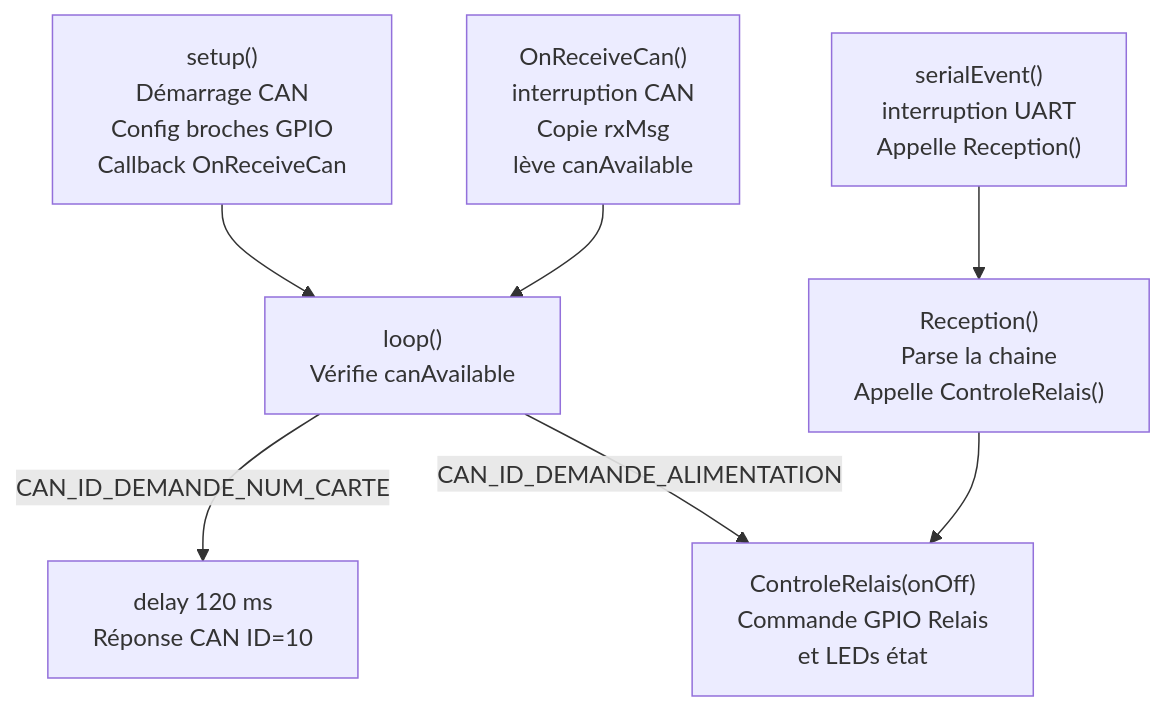
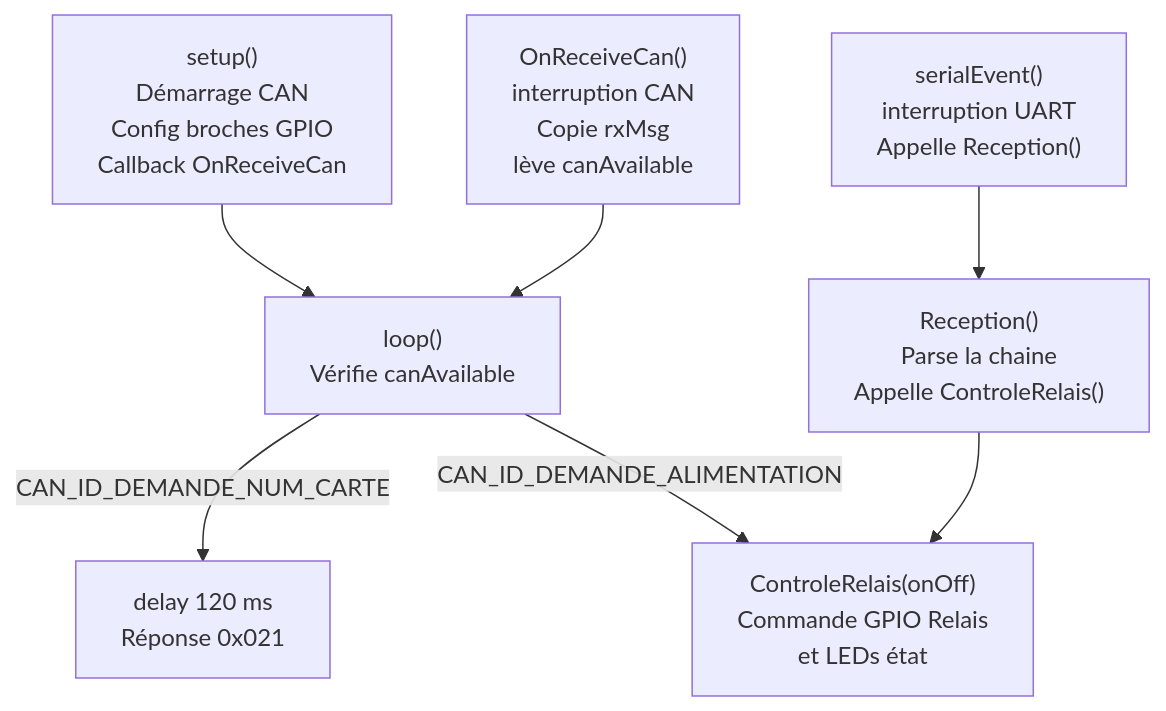
One commit to baptisteB00/Projet_LAOS changed the diagram in docs/cartes/alimentation.md. Above: the diagram before and after it, drawn with Mermaid. The commit also changed other lines of this file and 9 other files, not shown here.

````diff
--- a/docs/cartes/alimentation.md
+++ b/docs/cartes/alimentation.md
@@ -26,18 +25,18 @@
 ```mermaid
 flowchart TD
     SETUP["setup()<br/>Démarrage CAN<br/>Config broches GPIO<br/>Callback OnReceiveCan"] --> LOOP
 
     ISR["OnReceiveCan()<br/>interruption CAN<br/>Copie rxMsg<br/>lève canAvailable"] --> LOOP
 
     LOOP["loop()<br/>Vérifie canAvailable"]
 
     SERIAL["serialEvent()<br/>interruption UART<br/>Appelle Reception()"]
 
     RECEPTION["Reception()<br/>Parse la chaine<br/>Appelle ControleRelais()"]
 
     RELAIS["ControleRelais(onOff)<br/>Commande GPIO Relais<br/>et LEDs état"]
 
-    LOOP -->|CAN_ID_DEMANDE_NUM_CARTE| DELAY["delay 120 ms<br/>Réponse CAN ID=10"]
+    LOOP -->|CAN_ID_DEMANDE_NUM_CARTE| DELAY["delay 120 ms<br/>Réponse 0x021"]
     LOOP -->|CAN_ID_DEMANDE_ALIMENTATION| RELAIS
     SERIAL --> RECEPTION --> RELAIS
 ```
````
